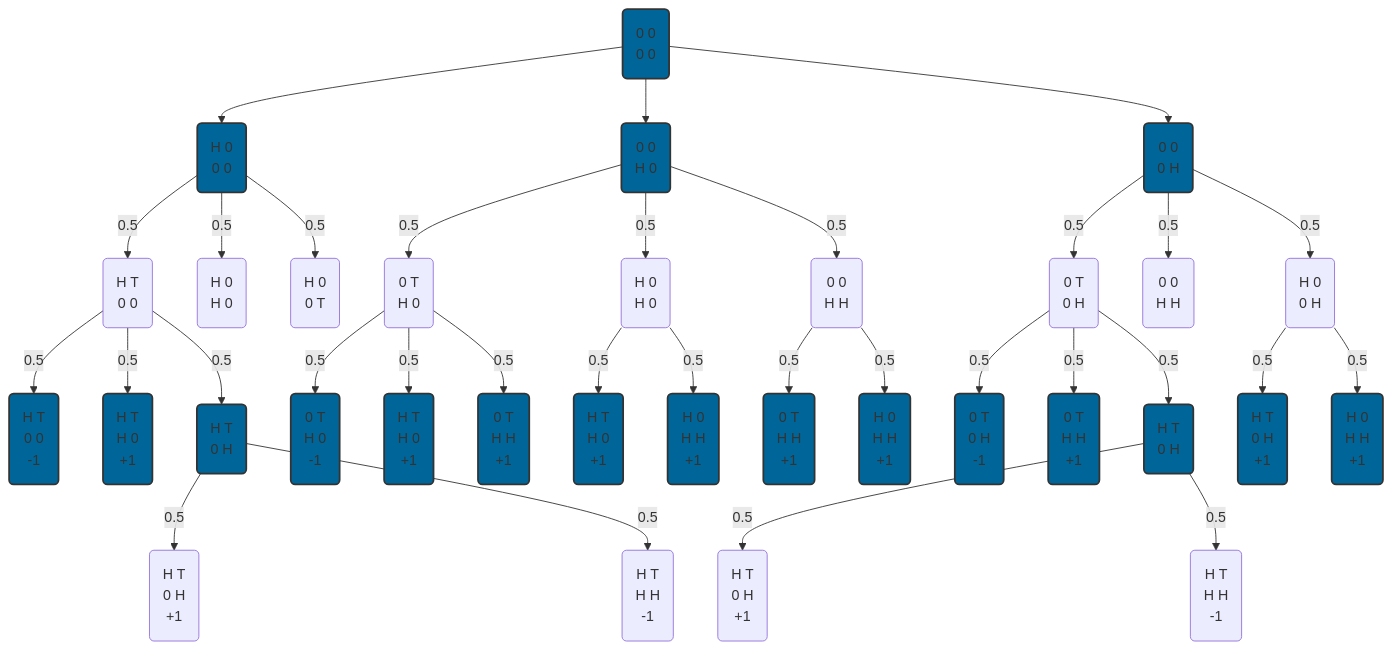
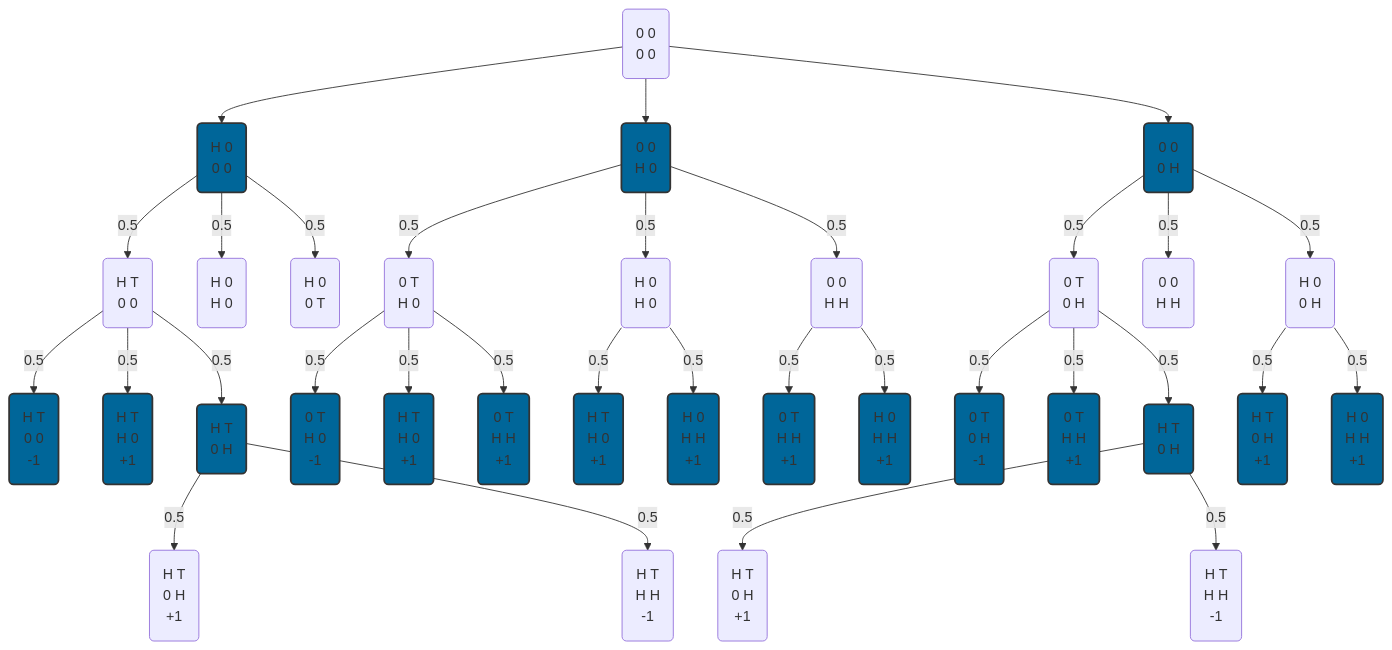
One commit to lucasfth/introduction-to-artificial-intelligence changed the diagram in week_4/mandatory.md. Above: the diagram before and after it, drawn with Mermaid.

Commit message:
Fix coloring on s_0

```diff
--- a/week_4/mandatory.md
+++ b/week_4/mandatory.md
@@ -65,7 +65,6 @@
   max --> max0
   max --> max1
   max --> max2
-  style max fill:#006699,stroke:#333,stroke-width:2px;
   style max0 fill:#006699,stroke:#333,stroke-width:2px;
   style max00 fill:#006699,stroke:#333,stroke-width:2px;
   style max01 fill:#006699,stroke:#333,stroke-width:2px;
```
